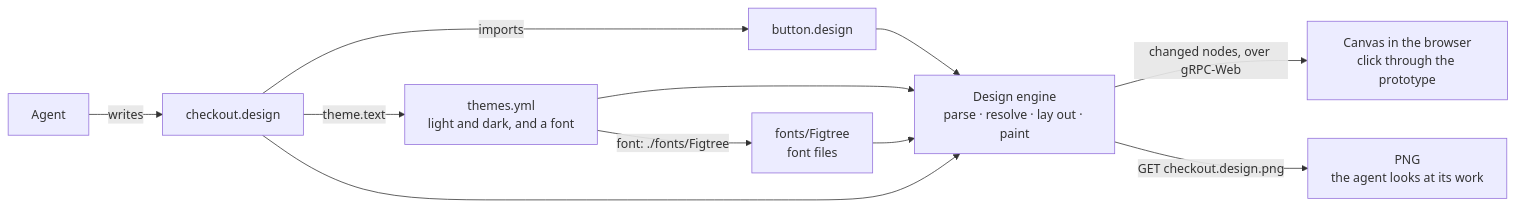
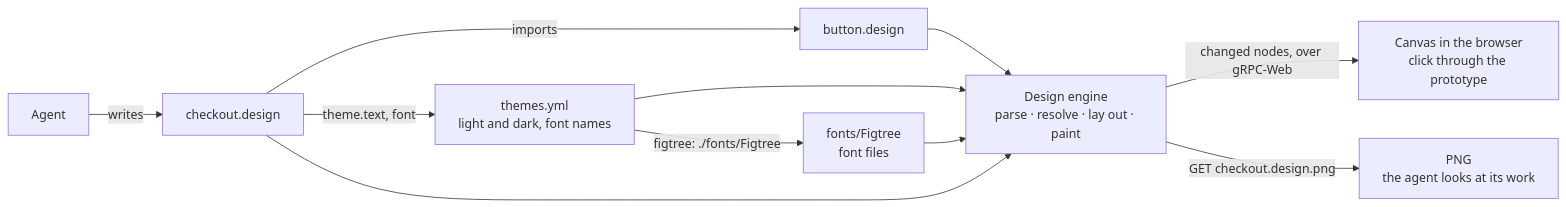
The diagram in docs/boxes/viewer/designs/README.md (andrei512/devpage), drawn with Mermaid before and after one commit. The commit also changed other lines of this file and 28 other files, not shown here.

First line of the commit message:
Fonts are named in themes.yml and picked per Text; no default but Inter

````diff
--- a/docs/boxes/viewer/designs/README.md
+++ b/docs/boxes/viewer/designs/README.md
@@ -12,16 +12,16 @@
 ```mermaid
 flowchart LR
   agent["Agent"] -->|"writes"| file["checkout.design"]
   file -->|"imports"| button["button.design"]
-  file -->|"theme.text"| themes["themes.yml<br/>light and dark, and a font"]
+  file -->|"theme.text, font"| themes["themes.yml<br/>light and dark, font names"]
   file --> engine
   themes --> engine["Design engine<br/>parse · resolve · lay out · paint"]
   button --> engine
   engine -->|"changed nodes, over gRPC-Web"| canvas["Canvas in the browser<br/>click through the prototype"]
   engine -->|"GET checkout.design.png"| png["PNG<br/>the agent looks at its work"]
   click engine href "../design-engine/README.md" "The design engine"
-  themes -->|"font: ./fonts/Figtree"| fonts["fonts/Figtree<br/>font files"]
+  themes -->|"figtree: ./fonts/Figtree"| fonts["fonts/Figtree<br/>font files"]
   fonts --> engine
   click themes href "#themes" "Themes"
   click fonts href "#fonts" "Fonts"
 ```
````
